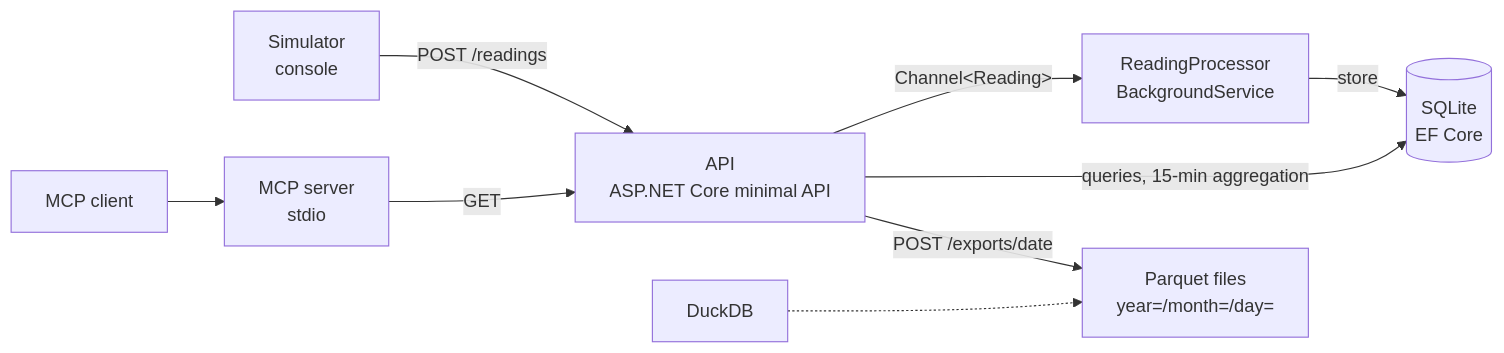
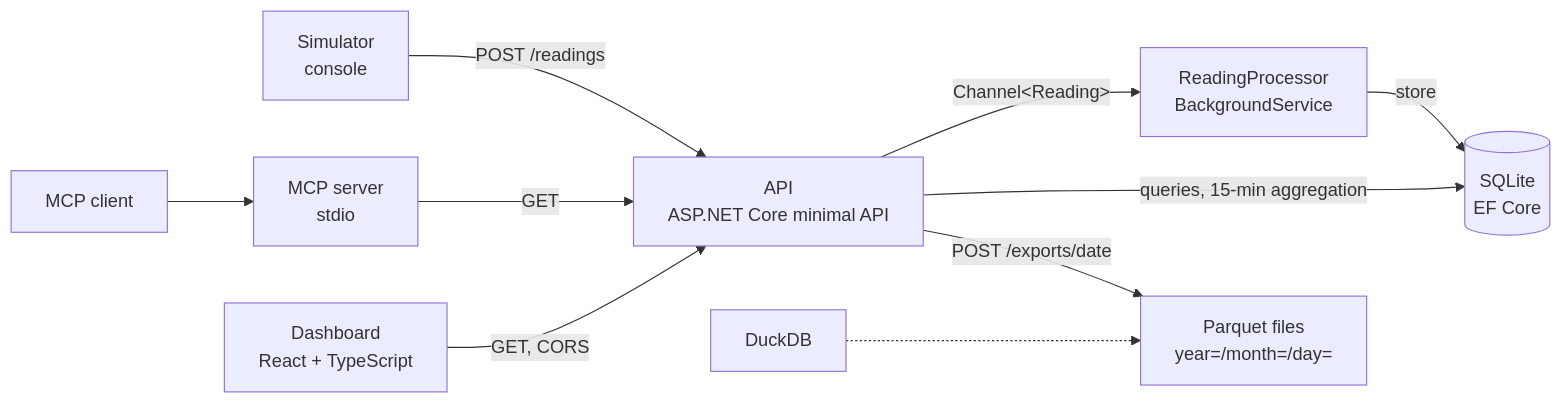
Before and after one commit to mjgromek/meterflow: the diagram in README.md, drawn with Mermaid. The commit also changed other lines of this file and 7 other files, not shown here.

Commit message:
M10: README and architecture decision records

````diff
--- a/README.md
+++ b/README.md
@@ -12,11 +12,12 @@
 ```mermaid
 flowchart LR
     Sim[Simulator<br/>console] -- POST /readings --> Api[API<br/>ASP.NET Core minimal API]
     Api -- Channel&lt;Reading&gt; --> Proc[ReadingProcessor<br/>BackgroundService]
     Proc -- store --> Db[(SQLite<br/>EF Core)]
     Api -- queries, 15-min aggregation --> Db
     Api -- POST /exports/date --> Pq[Parquet files<br/>year=/month=/day=]
     Mcp[MCP server<br/>stdio] -- GET --> Api
     Agent[MCP client] --> Mcp
     Duck[DuckDB] -.-> Pq
+    Dash[Dashboard<br/>React + TypeScript] -- GET, CORS --> Api
 ```
````
